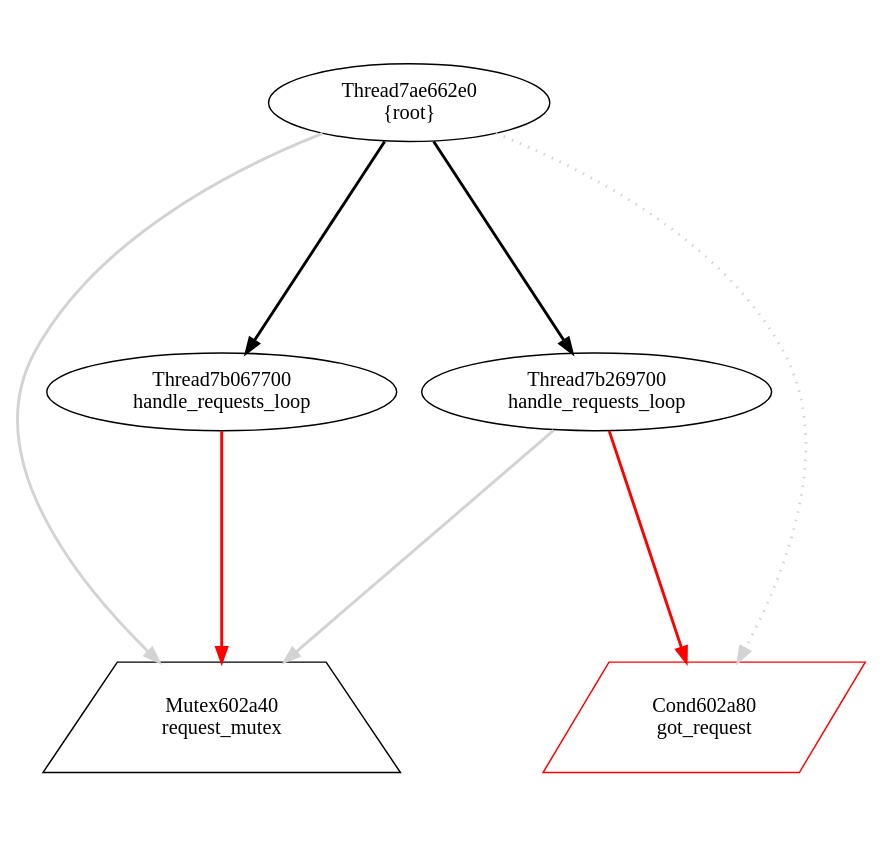
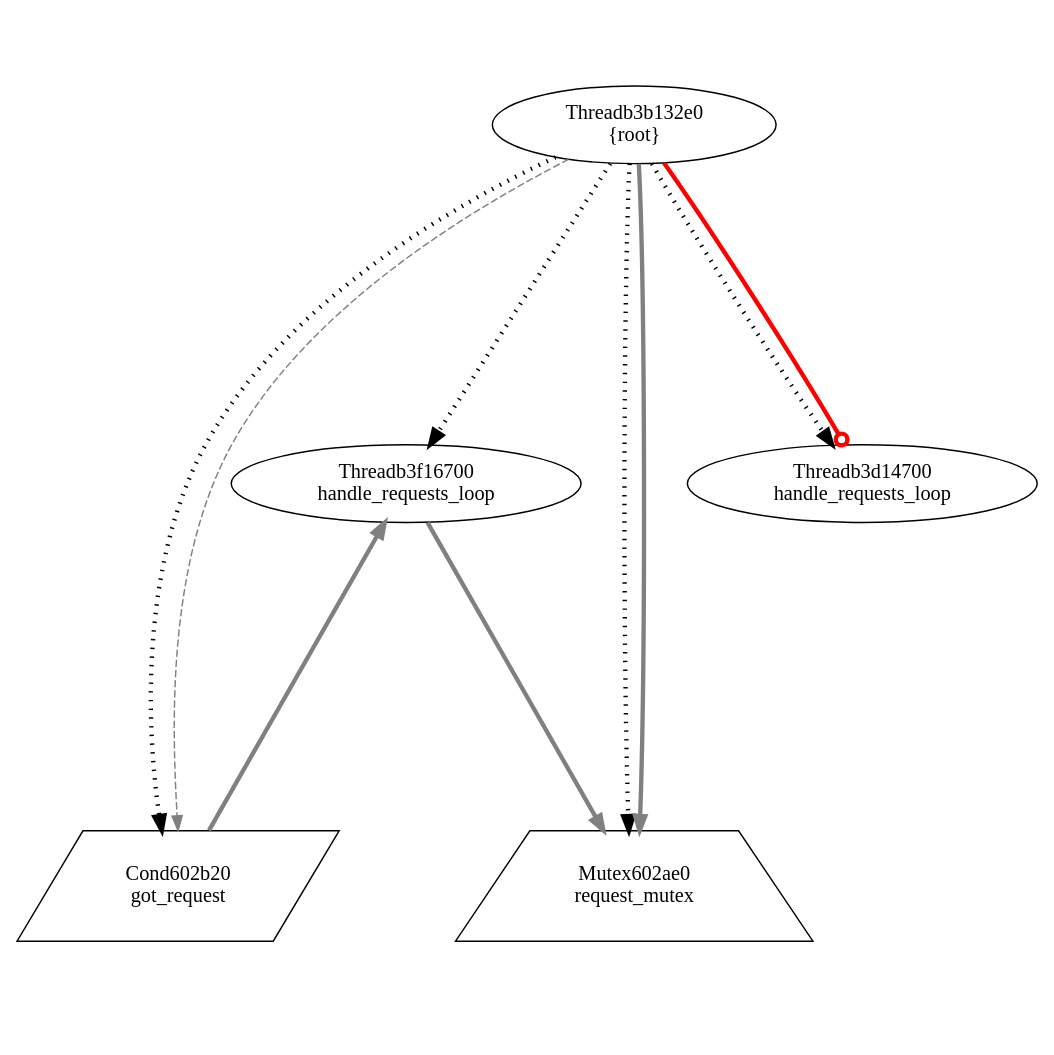
One commit to v4o6/cs410 changed the diagram in view/dot/graph025.dot. Above: the diagram before and after it, drawn with Graphviz. The commit also changed 109 other files, not shown here.

```diff
--- a/view/dot/graph025.dot
+++ b/view/dot/graph025.dot
@@ -1,15 +1,17 @@
 digraph G {
 graph[center=true, ratio=1];
-Mutex602a40 [shape=trapezium,color=black,label="Mutex602a40\nrequest_mutex"];
-Cond602a80 [shape=parallelogram,color=red,label="Cond602a80\ngot_request"];
-Thread7ae662e0 [color=black,label="Thread7ae662e0\n{root}"];
-Thread7ae662e0 -> Mutex602a40 [arrowhead=normal,color=lightgray,penwidth=2];
-Thread7ae662e0 -> Cond602a80 [style=dotted,color=lightgray,penwidth=2];
-Thread7ae662e0 -> Thread7b269700 [arrowhead=normal,penwidth=2];
-Thread7ae662e0 -> Thread7b067700 [arrowhead=normal,penwidth=2];
-Thread7b269700 [color=black,label="Thread7b269700\nhandle_requests_loop"];
-Thread7b269700 -> Mutex602a40 [arrowhead=normal,color=lightgray,penwidth=2];
-Thread7b269700 -> Cond602a80 [arrowhead=normal,color=red,penwidth=2];
-Thread7b067700 [color=black,label="Thread7b067700\nhandle_requests_loop"];
-Thread7b067700 -> Mutex602a40 [arrowhead=normal,color=red,penwidth=2];
+Threadb3f16700 [color=black,label="Threadb3f16700\nhandle_requests_loop"];
+Threadb3f16700 -> Cond602b20 [arrowhead=normal,color=grey,dir=back,penwidth=3];
+Threadb3f16700 -> Mutex602ae0 [arrowhead=normal,color=grey,penwidth=3];
+Threadb3d14700 [color=black,label="Threadb3d14700\nhandle_requests_loop"];
+Threadb3b132e0 [color=black,label="Threadb3b132e0\n{root}"];
+Threadb3b132e0 -> Mutex602ae0 [style=dotted,arrowhead=normal,penwidth=3];
+Threadb3b132e0 -> Cond602b20 [style=dotted,arrowhead=normal,penwidth=3];
+Threadb3b132e0 -> Threadb3d14700 [style=dotted,arrowhead=normal,penwidth=3];
+Threadb3b132e0 -> Threadb3f16700 [style=dotted,arrowhead=normal,penwidth=3];
+Threadb3b132e0 -> Threadb3d14700 [arrowhead=odot,color=red,penwidth=3];
+Threadb3b132e0 -> Cond602b20 [style=dashed,color=grey,penwdith=6];
+Threadb3b132e0 -> Mutex602ae0 [arrowhead=normal,color=grey,penwidth=3];
+Cond602b20 [shape=parallelogram,color=black,label="Cond602b20\ngot_request"];
+Mutex602ae0 [shape=trapezium,color=black,label="Mutex602ae0\nrequest_mutex"];
 }
```
